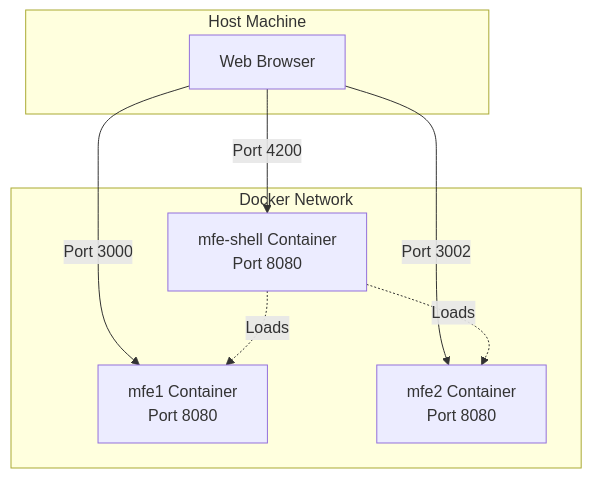
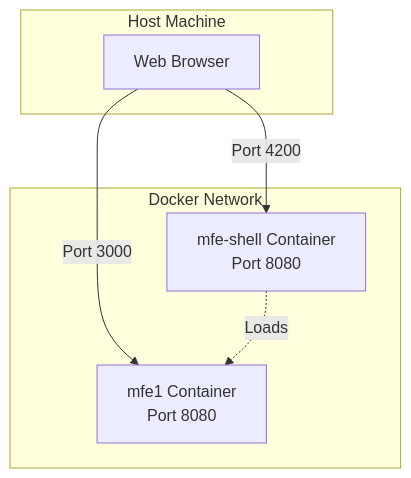
One commit to PolecatWorks/Mfe-shell changed the diagram in README.md. Above: the diagram before and after it, drawn with Mermaid. The commit also changed other lines of this file and 58 other files, not shown here.

Commit message:
chore: retire mfe2-container and legacy spec/requirements docs

````diff
--- a/README.md
+++ b/README.md
@@ -173,19 +162,16 @@
 ```mermaid
 graph TD
     subgraph "Host Machine"
         Browser[Web Browser]
     end
 
     subgraph "Docker Network"
         Shell[mfe-shell Container<br/>Port 8080]
         MFE1[mfe1 Container<br/>Port 8080]
-        MFE2[mfe2 Container<br/>Port 8080]
     end
 
     Browser -->|Port 4200| Shell
     Browser -->|Port 3000| MFE1
-    Browser -->|Port 3002| MFE2
 
     Shell -.->|Loads| MFE1
-    Shell -.->|Loads| MFE2
 ```
````
